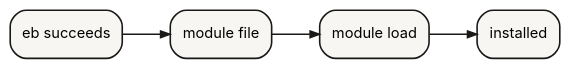
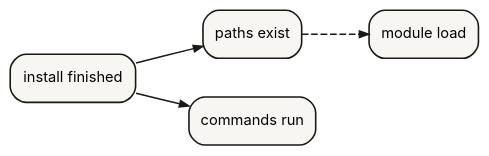
Before and after one commit to HaoZeke/what-easybuild-is-doing: the diagram in source/_static/diagrams/06-what-installed-means.dot, drawn with Graphviz. The commit also changed 257 other files, not shown here.

```diff
--- a/source/_static/diagrams/06-what-installed-means.dot
+++ b/source/_static/diagrams/06-what-installed-means.dot
@@ -1,14 +1,15 @@
 digraph g_06_what_installed_means {
-  graph [rankdir=LR, bgcolor="transparent", pad="0.2", nodesep="0.35", ranksep="0.5",
+  graph [rankdir=LR, bgcolor="transparent", pad="0.2", nodesep="0.4", ranksep="0.55",
          fontname="Inter,Helvetica,sans-serif"];
   node [shape=box, style="rounded,filled", fillcolor="#f7f6f3", color="#1a1917",
         fontname="Inter,Helvetica,sans-serif", fontsize=11, penwidth=1.2];
   edge [color="#1a1917", arrowsize=0.7, penwidth=1.1];
-  n0 [label="eb succeeds"];
-  n1 [label="module file"];
-  n2 [label="module load"];
-  n3 [label="installed"];
-  n0 -> n1;
-  n1 -> n2;
-  n2 -> n3;
+  done [label="install finished"];
+  exist [label="paths exist"];
+  cmd [label="commands run"];
+  load [label="module load"];
+  done -> exist;
+  done -> cmd;
+  exist -> load [style=dashed];
+
 }
```
